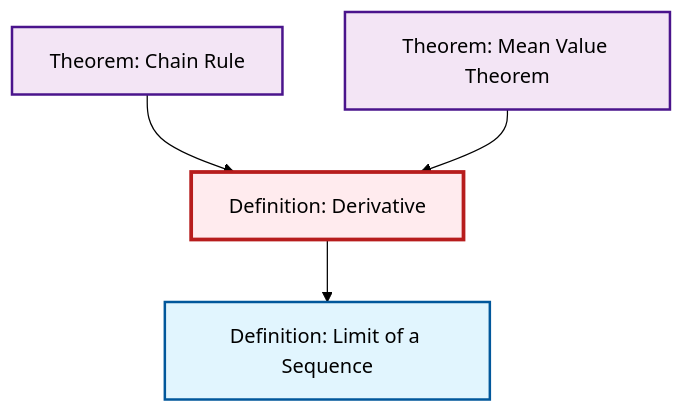
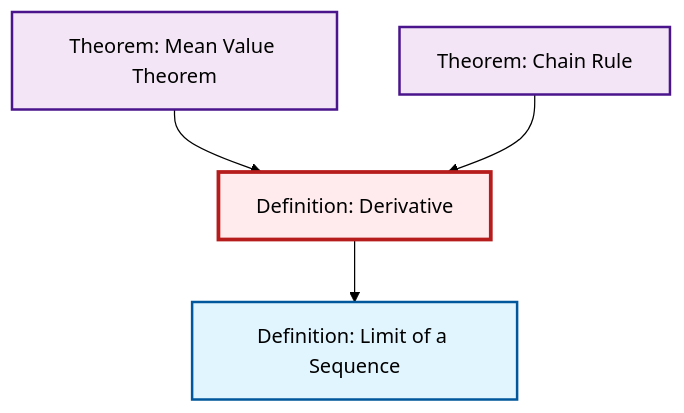
One commit to RK0429/ModernMath changed the second of 2 diagrams in content/en/analysis/def-derivative.qmd. Above: the diagram before and after it, drawn with Mermaid (forest theme). The commit also changed other lines of this file and 530 other files, not shown here.

````diff
--- a/content/en/analysis/def-derivative.qmd
+++ b/content/en/analysis/def-derivative.qmd
@@ -82,20 +82,20 @@
 ```{mermaid}
 %%| fig-cap: "Local dependency graph"
 graph TD
     classDef definition fill:#e1f5fe,stroke:#01579b,stroke-width:2px
     classDef theorem fill:#f3e5f5,stroke:#4a148c,stroke-width:2px
     classDef axiom fill:#fff3e0,stroke:#e65100,stroke-width:2px
     classDef example fill:#e8f5e9,stroke:#1b5e20,stroke-width:2px
     classDef current fill:#ffebee,stroke:#b71c1c,stroke-width:3px
+    thm-mean-value["Theorem: Mean Value Theorem"]:::theorem
     thm-chain-rule["Theorem: Chain Rule"]:::theorem
-    thm-mean-value["Theorem: Mean Value Theorem"]:::theorem
     def-limit["Definition: Limit of a Sequence"]:::definition
     def-derivative["Definition: Derivative"]:::definition
-    thm-chain-rule --> def-derivative
     thm-mean-value --> def-derivative
     def-derivative --> def-limit
+    thm-chain-rule --> def-derivative
     class def-derivative current
+    click thm-mean-value "thm-mean-value.html" "Go to Mean Value Theorem theorem"
     click thm-chain-rule "thm-chain-rule.html" "Go to Chain Rule theorem"
-    click thm-mean-value "thm-mean-value.html" "Go to Mean Value Theorem theorem"
     click def-limit "def-limit.html" "Go to Limit of a Sequence definition"
 ```
````
